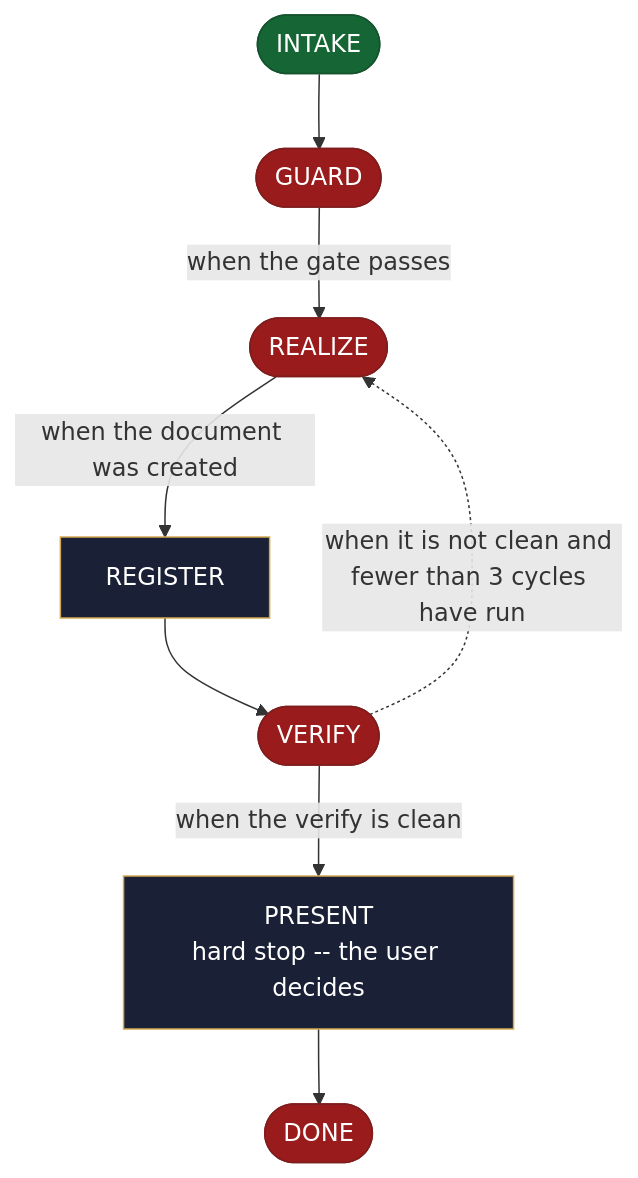
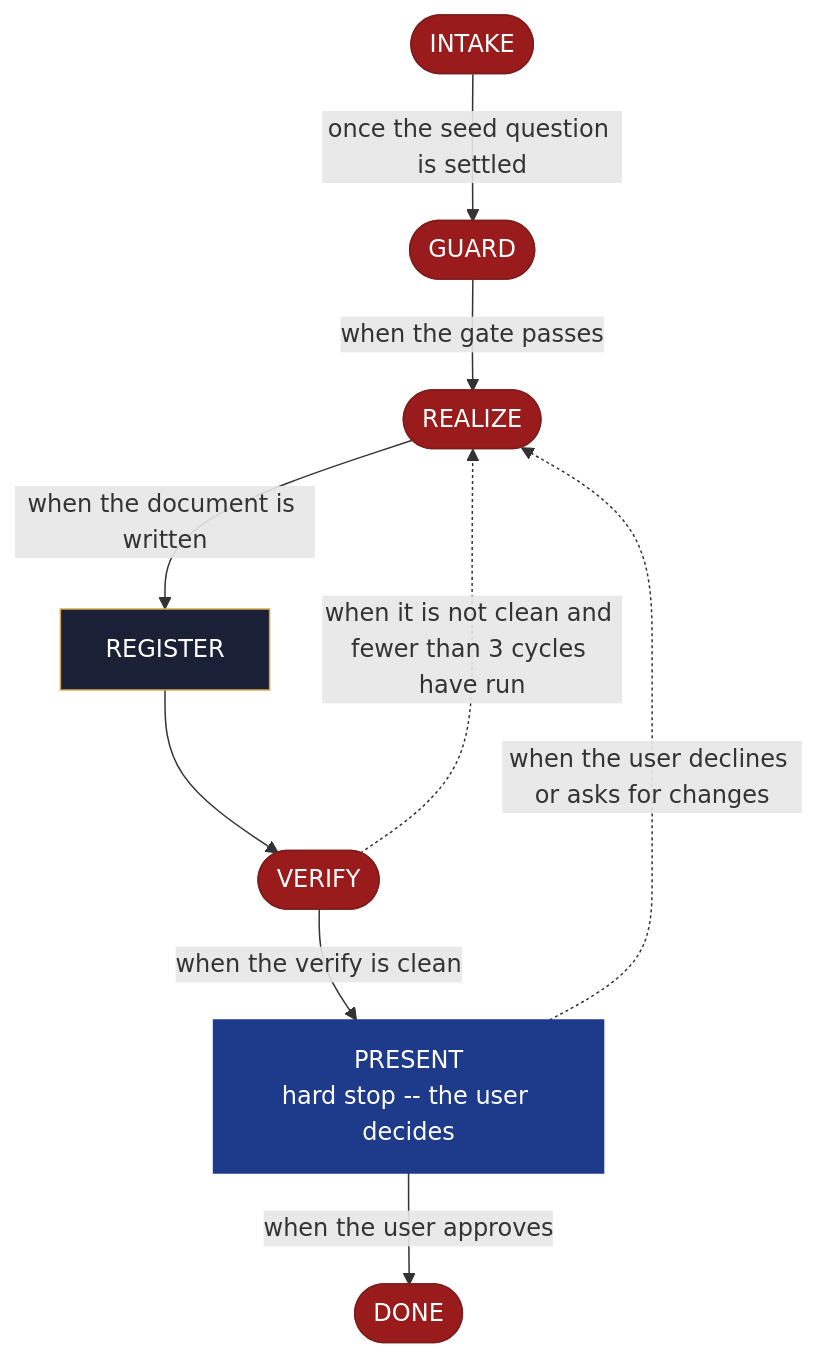
The diagram in site/src/content/docs/skills/aid-create-backlog.md (AndreVianna/aid-methodology), drawn with Mermaid before and after one commit. The commit also changed other lines of this file and 253 other files, not shown here.

````diff
--- a/site/src/content/docs/skills/aid-create-backlog.md
+++ b/site/src/content/docs/skills/aid-create-backlog.md
@@ -20,37 +20,38 @@
 ```mermaid
 flowchart TB
   classDef aidNode color:#fff
   classDef aidEntry fill:#166534,stroke:#14532d,color:#fff
   classDef aidExit fill:#991b1b,stroke:#7f1d1d,color:#fff
   classDef aidDecision fill:#92400e,stroke:#78350f,color:#fff
   classDef aidLoopBack fill:#1e3a8a,stroke:#1e3a8a,color:#fff
   classDef aidStep fill:#1a2035,stroke:#d4a853,color:#f1f5f9
   n1(["INTAKE"])
   n2(["GUARD"])
   n3(["REALIZE"])
   n4["REGISTER"]
   n5(["VERIFY"])
   n6["PRESENT<br/>hard stop -- the user decides"]
   n7(["DONE"])
-  n1 --> n2
+  n1 -->|"once the seed question is settled"| n2
   n2 -->|"when the gate passes"| n3
-  n3 -->|"when the document was created"| n4
+  n3 -->|"when the document is written"| n4
   n4 --> n5
   n5 -. "when it is not clean and fewer than 3 cycles have run" .-> n3
   n5 -->|"when the verify is clean"| n6
-  n6 --> n7
-  class n1 aidEntry
+  n6 -. "when the user declines or asks for changes" .-> n3
+  n6 -->|"when the user approves"| n7
+  class n1 aidExit
   class n2 aidExit
   class n3 aidExit
   class n4 aidStep
   class n5 aidExit
-  class n6 aidStep
+  class n6 aidLoopBack
   class n7 aidExit
   class n1 aidNode
   class n2 aidNode
   class n3 aidNode
   class n4 aidNode
   class n5 aidNode
   class n6 aidNode
   class n7 aidNode
 ```
````
